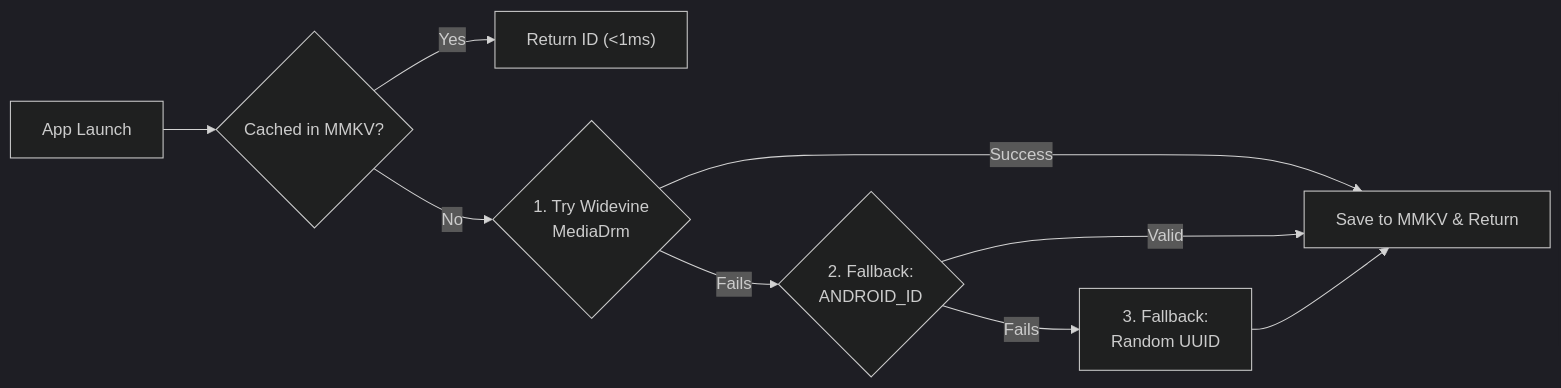
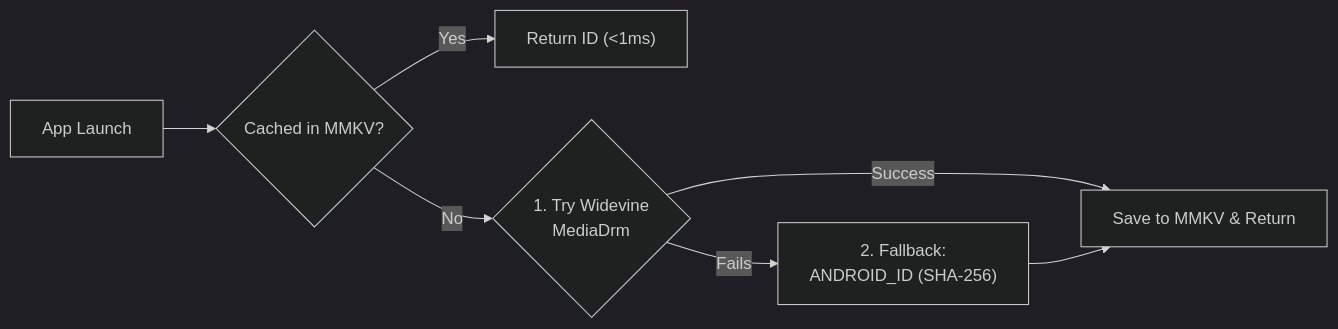
One commit to impeterwayne/CodeBaseCompose changed the second of 2 diagrams in docs/widevine-device-unique-id.md. Above: the diagram before and after it, drawn with Mermaid (dark theme). The commit also changed other lines of this file and 1 other file, not shown here.

Commit message:
docs: explain Widevine UUID, L1 vs L3, and ANDROID_ID fallback

````diff
--- a/docs/widevine-device-unique-id.md
+++ b/docs/widevine-device-unique-id.md
@@ -73,10 +132,8 @@
 ```mermaid
 flowchart LR
     Start["App Launch"] --> Cache{"Cached in MMKV?"}
     Cache -- Yes --> Return["Return ID (<1ms)"]
     Cache -- No --> WV{"1. Try Widevine<br/>MediaDrm"}
     WV -- Success --> Save["Save to MMKV & Return"]
-    WV -- Fails --> AID{"2. Fallback:<br/>ANDROID_ID"}
-    AID -- Valid --> Save
-    AID -- Fails --> UUID["3. Fallback:<br/>Random UUID"] --> Save
+    WV -- Fails --> AID["2. Fallback:<br/>ANDROID_ID (SHA-256)"] --> Save
 ```
````
